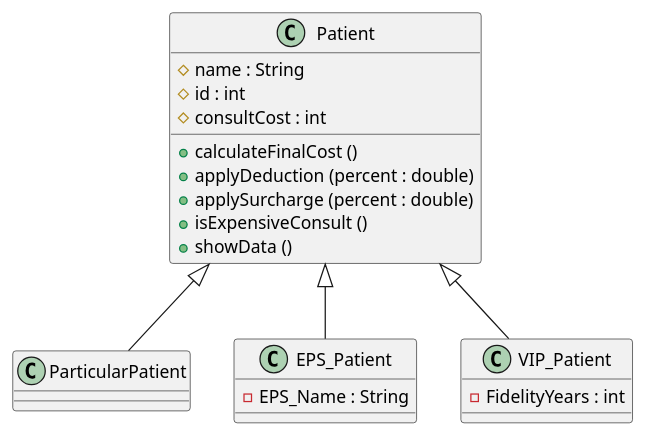
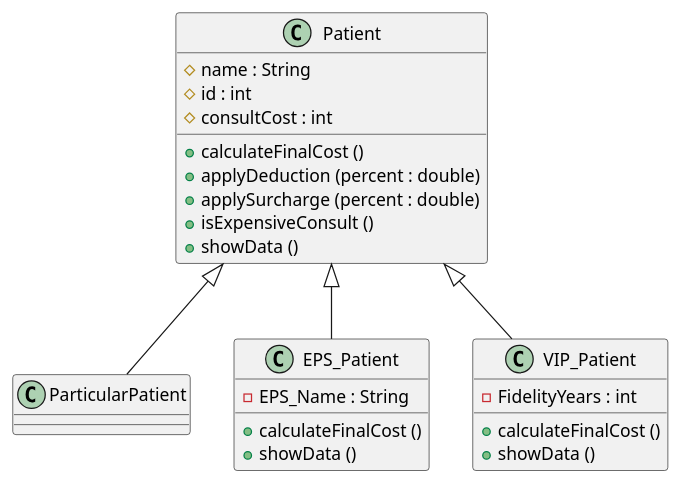
One commit to JulianForeroBernal/clinica changed the diagram in diagramas/Paciente.puml. Above: the diagram before and after it, drawn with PlantUML. The commit also changed 4 other files, not shown here.

```diff
--- a/diagramas/Paciente.puml
+++ b/diagramas/Paciente.puml
@@ -1,25 +1,29 @@
 @startuml
 class Patient{
 # name : String
 # id : int
 # consultCost : int
 + calculateFinalCost ()
 + applyDeduction (percent : double)
 + applySurcharge (percent : double)
 + isExpensiveConsult ()
 + showData ()
 }
 class ParticularPatient{
 }
 class EPS_Patient {
 - EPS_Name : String
++ calculateFinalCost ()
++ showData ()
 }
 class VIP_Patient {
 - FidelityYears : int
++ calculateFinalCost ()
++ showData ()
 }
 
 Patient <|-- ParticularPatient
 Patient <|-- EPS_Patient
 Patient <|-- VIP_Patient
 
 @enduml
```
